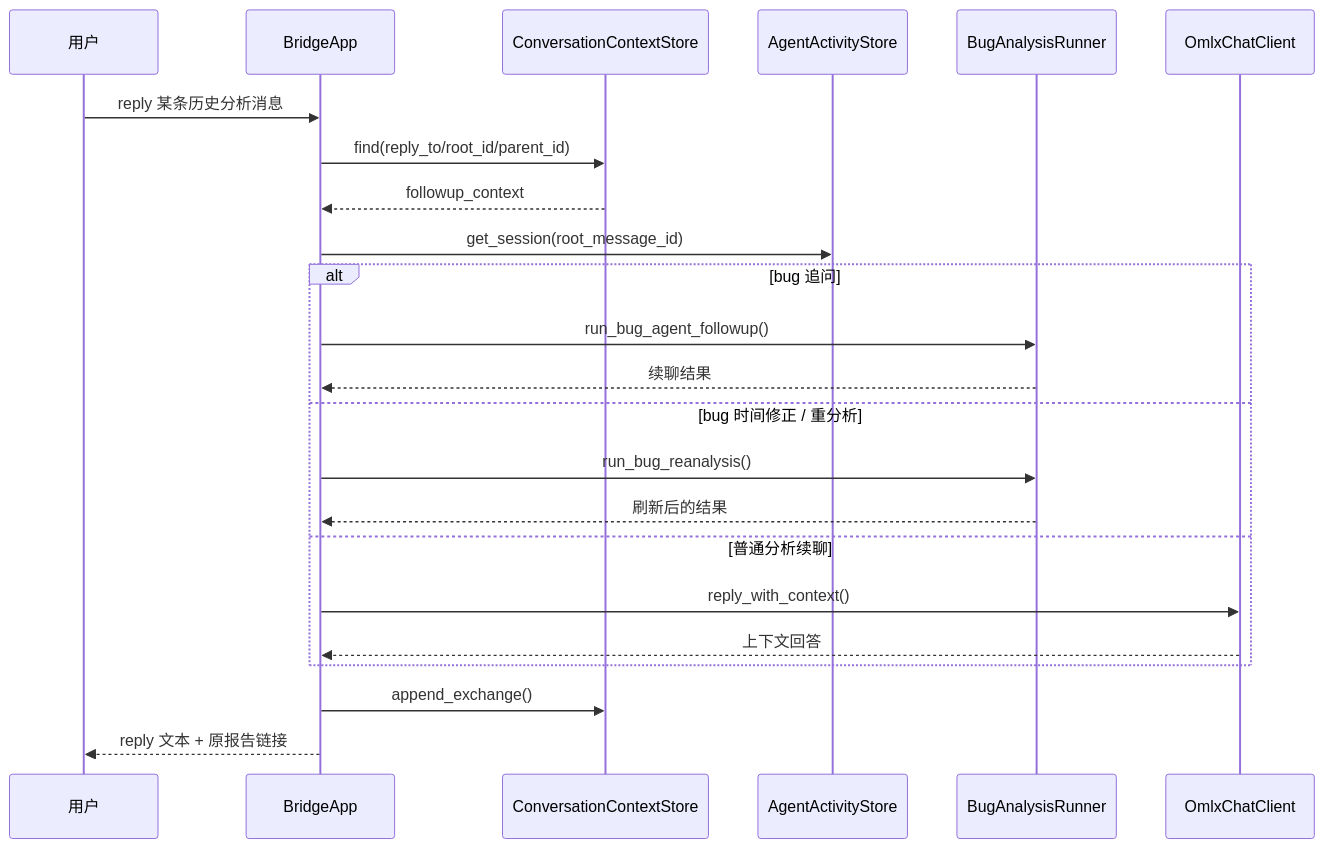
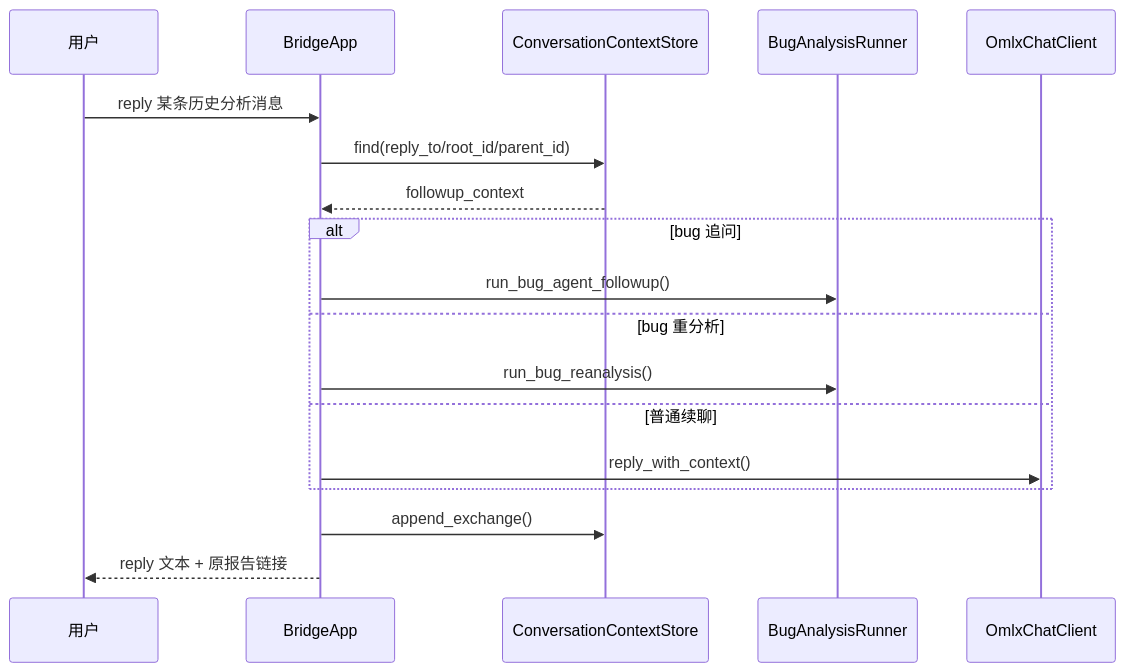
Before and after one commit to zhuyunlong/lark-agent-bridge: the fifth of 5 diagrams in docs/project-overview-architecture.md, drawn with Mermaid. The commit also changed other lines of this file and 12 other files, not shown here.

Commit message:
refactor: align fork architecture cleanup

````diff
--- a/docs/project-overview-architecture.md
+++ b/docs/project-overview-architecture.md
@@ -309,26 +293,20 @@
 ```mermaid
 sequenceDiagram
     participant U as 用户
     participant A as BridgeApp
-    participant S as ConversationContextStore
-    participant G as AgentActivityStore
+    participant Sx as ConversationContextStore
     participant B as BugAnalysisRunner
     participant O as OmlxChatClient
-
     U->>A: reply 某条历史分析消息
-    A->>S: find(reply_to/root_id/parent_id)
-    S-->>A: followup_context
-    A->>G: get_session(root_message_id)
+    A->>Sx: find(reply_to/root_id/parent_id)
+    Sx-->>A: followup_context
     alt bug 追问
         A->>B: run_bug_agent_followup()
-        B-->>A: 续聊结果
-    else bug 时间修正 / 重分析
+    else bug 重分析
         A->>B: run_bug_reanalysis()
-        B-->>A: 刷新后的结果
-    else 普通分析续聊
+    else 普通续聊
         A->>O: reply_with_context()
-        O-->>A: 上下文回答
     end
-    A->>S: append_exchange()
+    A->>Sx: append_exchange()
     A-->>U: reply 文本 + 原报告链接
 ```
````
